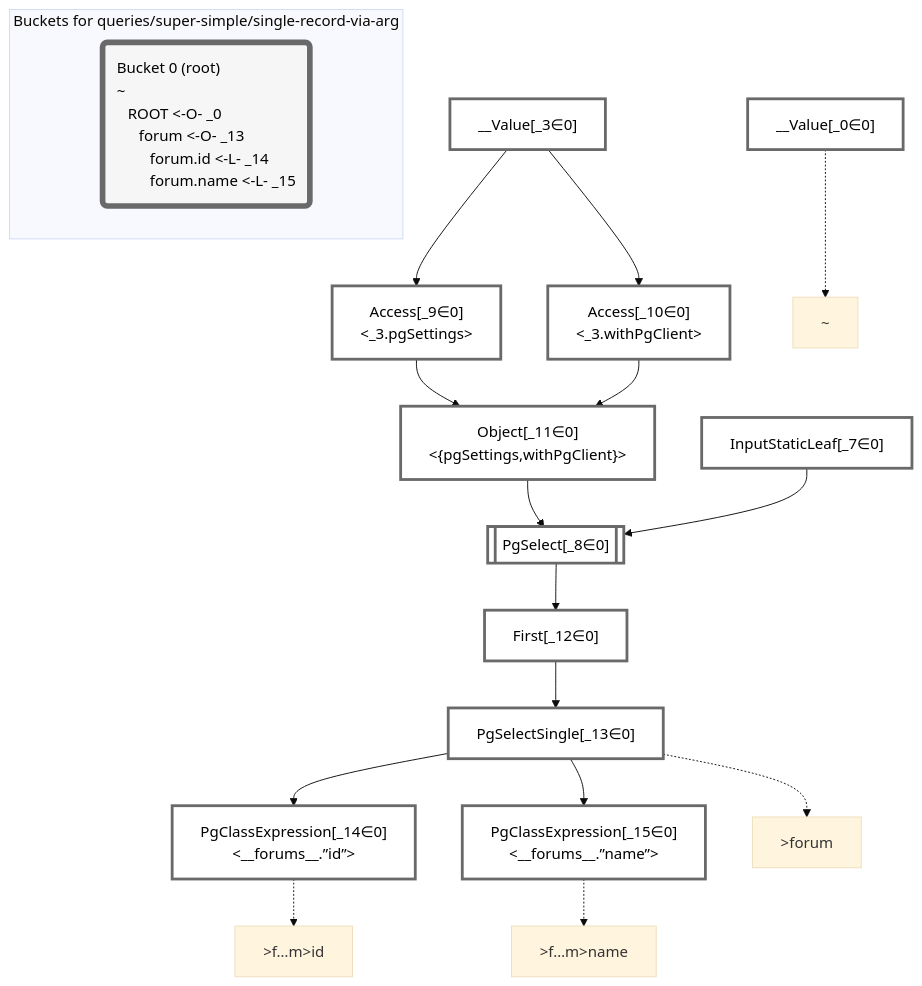
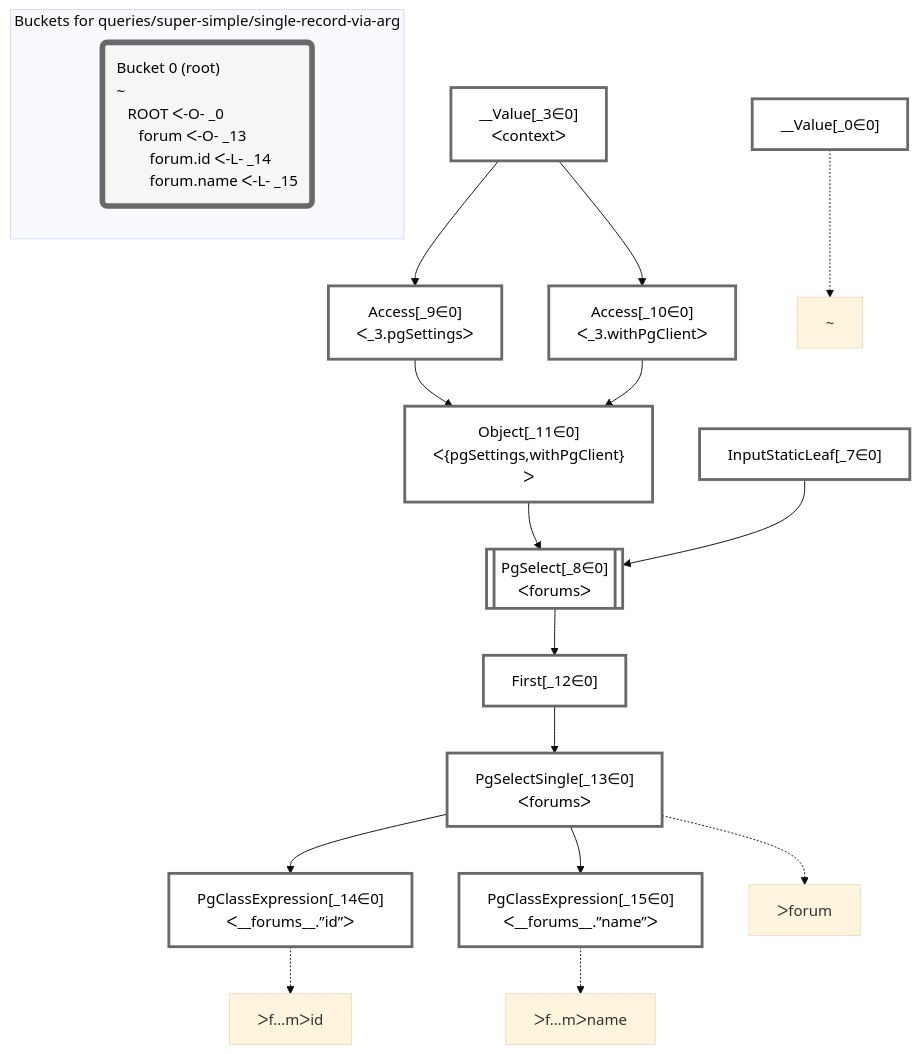
Before and after one commit to graphile/crystal: the diagram in packages/dataplan-pg/__tests__/queries/super-simple/single-record-via-arg.deopt.mermaid.md, drawn with Mermaid (base theme). The commit also changed 195 other files, not shown here.

````diff
--- a/packages/dataplan-pg/__tests__/queries/super-simple/single-record-via-arg.deopt.mermaid.md
+++ b/packages/dataplan-pg/__tests__/queries/super-simple/single-record-via-arg.deopt.mermaid.md
@@ -1,53 +1,53 @@
 ```mermaid
 graph TD
     classDef path fill:#eee,stroke:#000,color:#000
     classDef plan fill:#fff,stroke-width:3px,color:#000
     classDef itemplan fill:#fff,stroke-width:6px,color:#000
     classDef sideeffectplan fill:#f00,stroke-width:6px,color:#000
     classDef bucket fill:#f6f6f6,color:#000,stroke-width:6px,text-align:left
 
 
     %% define plans
     __Value_0["__Value[_0∈0]"]:::plan
-    __Value_3["__Value[_3∈0]<br /><context>"]:::plan
+    __Value_3["__Value[_3∈0]<br />ᐸcontextᐳ"]:::plan
     InputStaticLeaf_7["InputStaticLeaf[_7∈0]"]:::plan
-    PgSelect_8[["PgSelect[_8∈0]<br /><forums>"]]:::plan
-    Access_9["Access[_9∈0]<br /><_3.pgSettings>"]:::plan
-    Access_10["Access[_10∈0]<br /><_3.withPgClient>"]:::plan
-    Object_11["Object[_11∈0]<br /><{pgSettings,withPgClient}>"]:::plan
+    PgSelect_8[["PgSelect[_8∈0]<br />ᐸforumsᐳ"]]:::plan
+    Access_9["Access[_9∈0]<br />ᐸ_3.pgSettingsᐳ"]:::plan
+    Access_10["Access[_10∈0]<br />ᐸ_3.withPgClientᐳ"]:::plan
+    Object_11["Object[_11∈0]<br />ᐸ{pgSettings,withPgClient}ᐳ"]:::plan
     First_12["First[_12∈0]"]:::plan
-    PgSelectSingle_13["PgSelectSingle[_13∈0]<br /><forums>"]:::plan
-    PgClassExpression_14["PgClassExpression[_14∈0]<br /><__forums__.”id”>"]:::plan
-    PgClassExpression_15["PgClassExpression[_15∈0]<br /><__forums__.”name”>"]:::plan
+    PgSelectSingle_13["PgSelectSingle[_13∈0]<br />ᐸforumsᐳ"]:::plan
+    PgClassExpression_14["PgClassExpression[_14∈0]<br />ᐸ__forums__.”id”ᐳ"]:::plan
+    PgClassExpression_15["PgClassExpression[_15∈0]<br />ᐸ__forums__.”name”ᐳ"]:::plan
 
     %% plan dependencies
     Object_11 --> PgSelect_8
     InputStaticLeaf_7 --> PgSelect_8
     __Value_3 --> Access_9
     __Value_3 --> Access_10
     Access_9 --> Object_11
     Access_10 --> Object_11
     PgSelect_8 --> First_12
     First_12 --> PgSelectSingle_13
     PgSelectSingle_13 --> PgClassExpression_14
     PgSelectSingle_13 --> PgClassExpression_15
 
     %% plan-to-path relationships
     P_0["~"]
     __Value_0 -.-> P_0
-    P_13[">forum"]
+    P_13["ᐳforum"]
     PgSelectSingle_13 -.-> P_13
-    P_14[">f…m>id"]
+    P_14["ᐳf…mᐳid"]
     PgClassExpression_14 -.-> P_14
-    P_15[">f…m>name"]
+    P_15["ᐳf…mᐳname"]
     PgClassExpression_15 -.-> P_15
 
     %% allocate buckets
     classDef bucket0 stroke:#696969
     class __Value_0,__Value_3,InputStaticLeaf_7,PgSelect_8,Access_9,Access_10,Object_11,First_12,PgSelectSingle_13,PgClassExpression_14,PgClassExpression_15 bucket0
 
     subgraph "Buckets for queries/super-simple/single-record-via-arg"
-    Bucket0("Bucket 0 (root)<br />~<br />⠀ROOT <-O- _0<br />⠀⠀forum <-O- _13<br />⠀⠀⠀forum.id <-L- _14<br />⠀⠀⠀forum.name <-L- _15"):::bucket
+    Bucket0("Bucket 0 (root)<br />~<br />⠀ROOT ᐸ-O- _0<br />⠀⠀forum ᐸ-O- _13<br />⠀⠀⠀forum.id ᐸ-L- _14<br />⠀⠀⠀forum.name ᐸ-L- _15"):::bucket
     style Bucket0 stroke:#696969
     end
 ```
````
